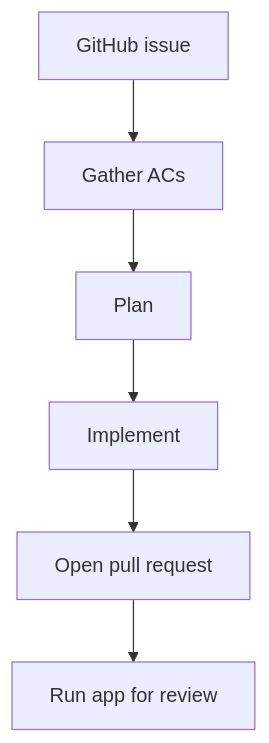
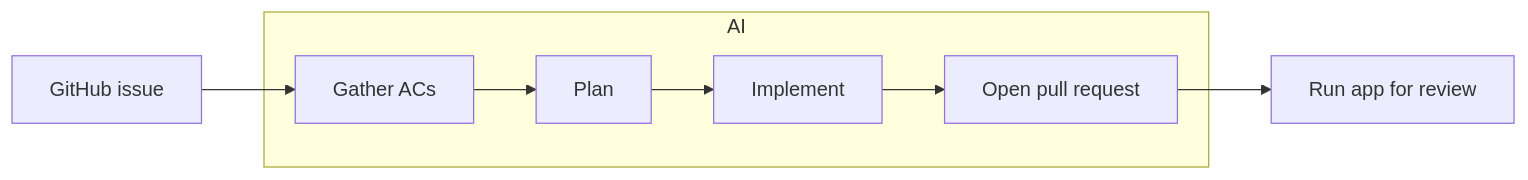
One commit to ethan-mfb/pomo changed the diagram in DEVELOPMENT_WORKFLOWS.md. Above: the diagram before and after it, drawn with Mermaid.

Commit message:
refactor: update workflow diagram to use LR flow direction and improve structure

````diff
--- a/DEVELOPMENT_WORKFLOWS.md
+++ b/DEVELOPMENT_WORKFLOWS.md
@@ -5,8 +5,10 @@
 ```mermaid
-flowchart TD
+flowchart LR
     A[GitHub issue] --> B[Gather ACs]
-    B --> C[Plan]
-    C --> F[Implement]
-    F --> H[Open pull request]
+    subgraph AI
+        B[Gather ACs] --> C[Plan]
+        C --> F[Implement]
+        F --> H[Open pull request]
+    end
     H --> I[Run app for review]
 ```
````
